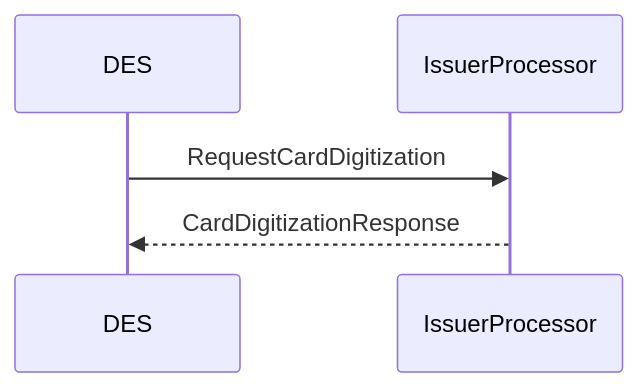
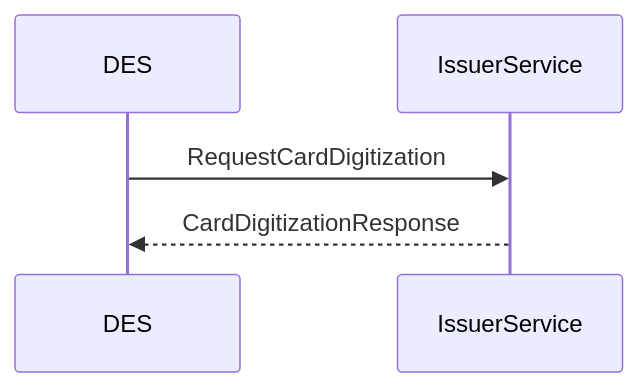
Before and after one commit to BankAxept/bankaxept-des-external-documentation: the first of 2 diagrams in docs/enrolment_xpays.md, drawn with Mermaid. The commit also changed other lines of this file and 4 other files, not shown here.

````diff
--- a/docs/enrolment_xpays.md
+++ b/docs/enrolment_xpays.md
@@ -23,8 +23,8 @@
 ```mermaid
 
 sequenceDiagram
     participant DES
-    participant IssuerProcessor
-    DES ->> IssuerProcessor: RequestCardDigitization
-    IssuerProcessor -->> DES: CardDigitizationResponse
+    participant IssuerService
+    DES ->> IssuerService: RequestCardDigitization
+    IssuerService -->> DES: CardDigitizationResponse
 ```
````
